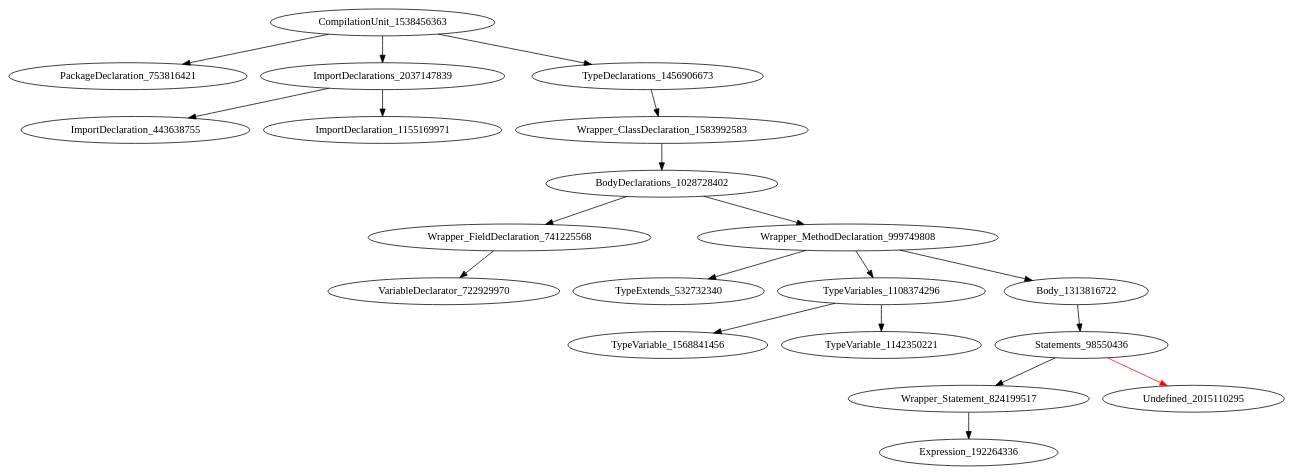
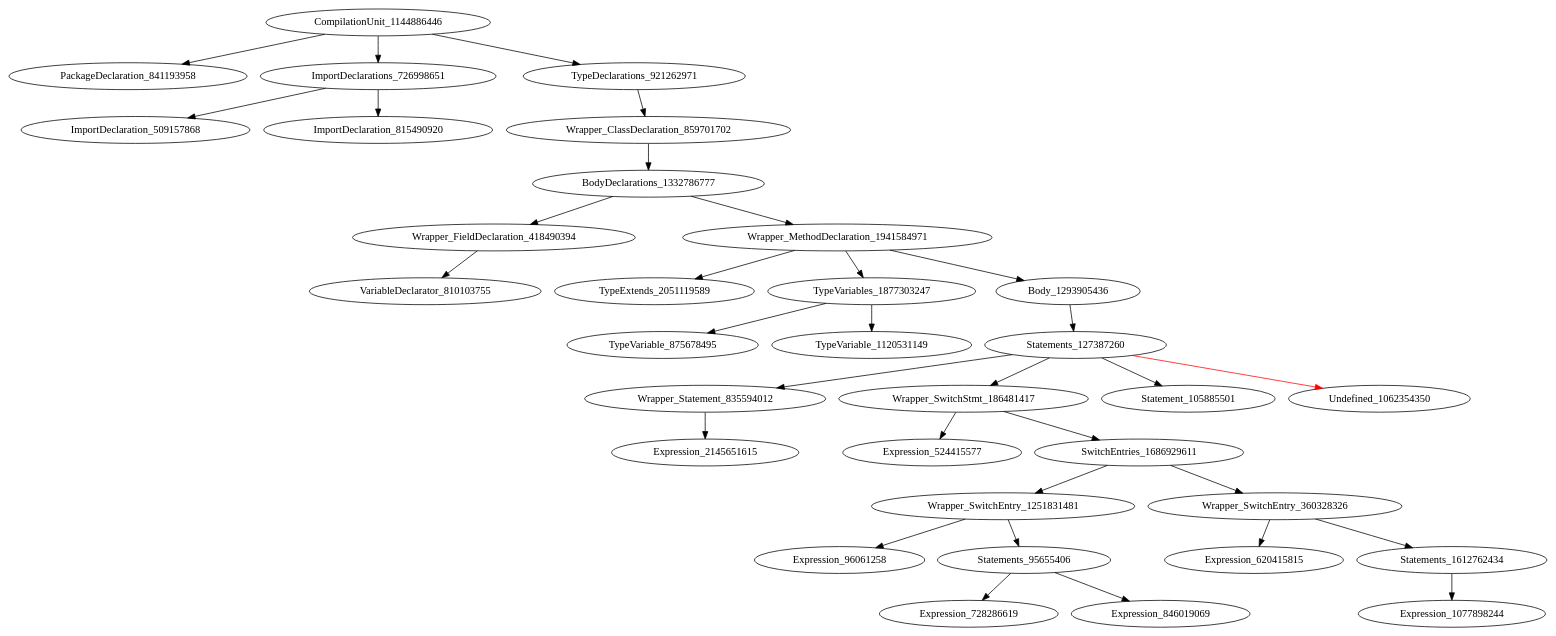
Before and after one commit to icse2023material/VoiceJava: the diagram in holeAST.dot, drawn with Graphviz. The commit also changed 6 other files, not shown here.

```diff
--- a/holeAST.dot
+++ b/holeAST.dot
@@ -1,21 +1,34 @@
 digraph {
-CompilationUnit_1538456363 -> PackageDeclaration_753816421
-CompilationUnit_1538456363 -> ImportDeclarations_2037147839
-CompilationUnit_1538456363 -> TypeDeclarations_1456906673
-ImportDeclarations_2037147839 -> ImportDeclaration_443638755
-ImportDeclarations_2037147839 -> ImportDeclaration_1155169971
-TypeDeclarations_1456906673 -> Wrapper_ClassDeclaration_1583992583
-Wrapper_ClassDeclaration_1583992583 -> BodyDeclarations_1028728402
-BodyDeclarations_1028728402 -> Wrapper_FieldDeclaration_741225568
-BodyDeclarations_1028728402 -> Wrapper_MethodDeclaration_999749808
-Wrapper_FieldDeclaration_741225568 -> VariableDeclarator_722929970
-Wrapper_MethodDeclaration_999749808 -> TypeExtends_532732340
-Wrapper_MethodDeclaration_999749808 -> TypeVariables_1108374296
-Wrapper_MethodDeclaration_999749808 -> Body_1313816722
-TypeVariables_1108374296 -> TypeVariable_1568841456
-TypeVariables_1108374296 -> TypeVariable_1142350221
-Body_1313816722 -> Statements_98550436
-Statements_98550436 -> Wrapper_Statement_824199517
-Statements_98550436 -> Undefined_2015110295 [color = red] 
-Wrapper_Statement_824199517 -> Expression_192264336
+CompilationUnit_1144886446 -> PackageDeclaration_841193958
+CompilationUnit_1144886446 -> ImportDeclarations_726998651
+CompilationUnit_1144886446 -> TypeDeclarations_921262971
+ImportDeclarations_726998651 -> ImportDeclaration_509157868
+ImportDeclarations_726998651 -> ImportDeclaration_815490920
+TypeDeclarations_921262971 -> Wrapper_ClassDeclaration_859701702
+Wrapper_ClassDeclaration_859701702 -> BodyDeclarations_1332786777
+BodyDeclarations_1332786777 -> Wrapper_FieldDeclaration_418490394
+BodyDeclarations_1332786777 -> Wrapper_MethodDeclaration_1941584971
+Wrapper_FieldDeclaration_418490394 -> VariableDeclarator_810103755
+Wrapper_MethodDeclaration_1941584971 -> TypeExtends_2051119589
+Wrapper_MethodDeclaration_1941584971 -> TypeVariables_1877303247
+Wrapper_MethodDeclaration_1941584971 -> Body_1293905436
+TypeVariables_1877303247 -> TypeVariable_875678495
+TypeVariables_1877303247 -> TypeVariable_1120531149
+Body_1293905436 -> Statements_127387260
+Statements_127387260 -> Wrapper_Statement_835594012
+Statements_127387260 -> Wrapper_SwitchStmt_186481417
+Statements_127387260 -> Statement_105885501
+Statements_127387260 -> Undefined_1062354350 [color = red] 
+Wrapper_Statement_835594012 -> Expression_2145651615
+Wrapper_SwitchStmt_186481417 -> Expression_524415577
+Wrapper_SwitchStmt_186481417 -> SwitchEntries_1686929611
+SwitchEntries_1686929611 -> Wrapper_SwitchEntry_1251831481
+SwitchEntries_1686929611 -> Wrapper_SwitchEntry_360328326
+Wrapper_SwitchEntry_1251831481 -> Expression_96061258
+Wrapper_SwitchEntry_1251831481 -> Statements_95655406
+Wrapper_SwitchEntry_360328326 -> Expression_620415815
+Wrapper_SwitchEntry_360328326 -> Statements_1612762434
+Statements_95655406 -> Expression_728286619
+Statements_95655406 -> Expression_846019069
+Statements_1612762434 -> Expression_1077898244
 }
```
